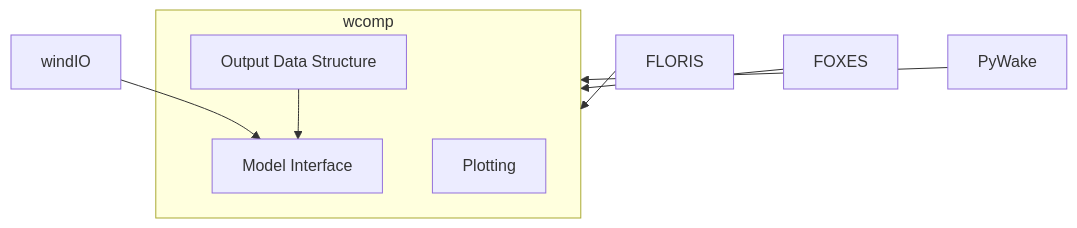
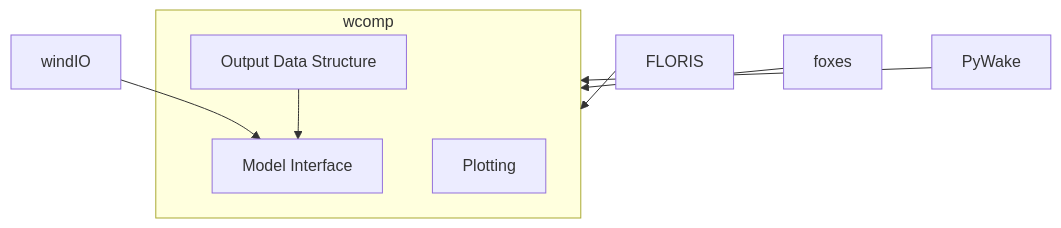
Before and after one commit to rafmudaf/wcomp: the diagram in README.md, drawn with Mermaid. The commit also changed other lines of this file and 7 other files, not shown here.

````diff
--- a/README.md
+++ b/README.md
@@ -69,19 +69,19 @@
 ```mermaid
 graph TD
     L["FLORIS"]
-    M["FOXES"]
+    M["foxes"]
     N["PyWake"]
 
     A["windIO"]
     subgraph a[wcomp]
         B["Model Interface"]
         C["Output Data Structure"]
         D["Plotting"]
     end
 
     L --> a
     M --> a
     N --> a
     A --> B
     C --> B
 ```
````
